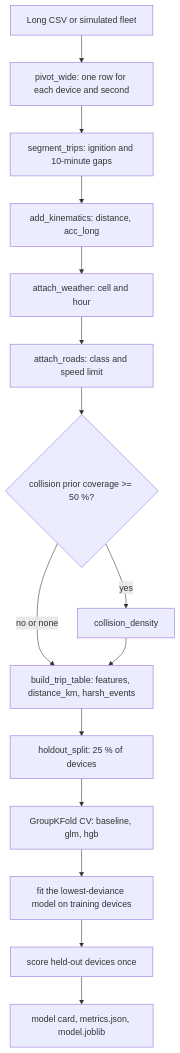
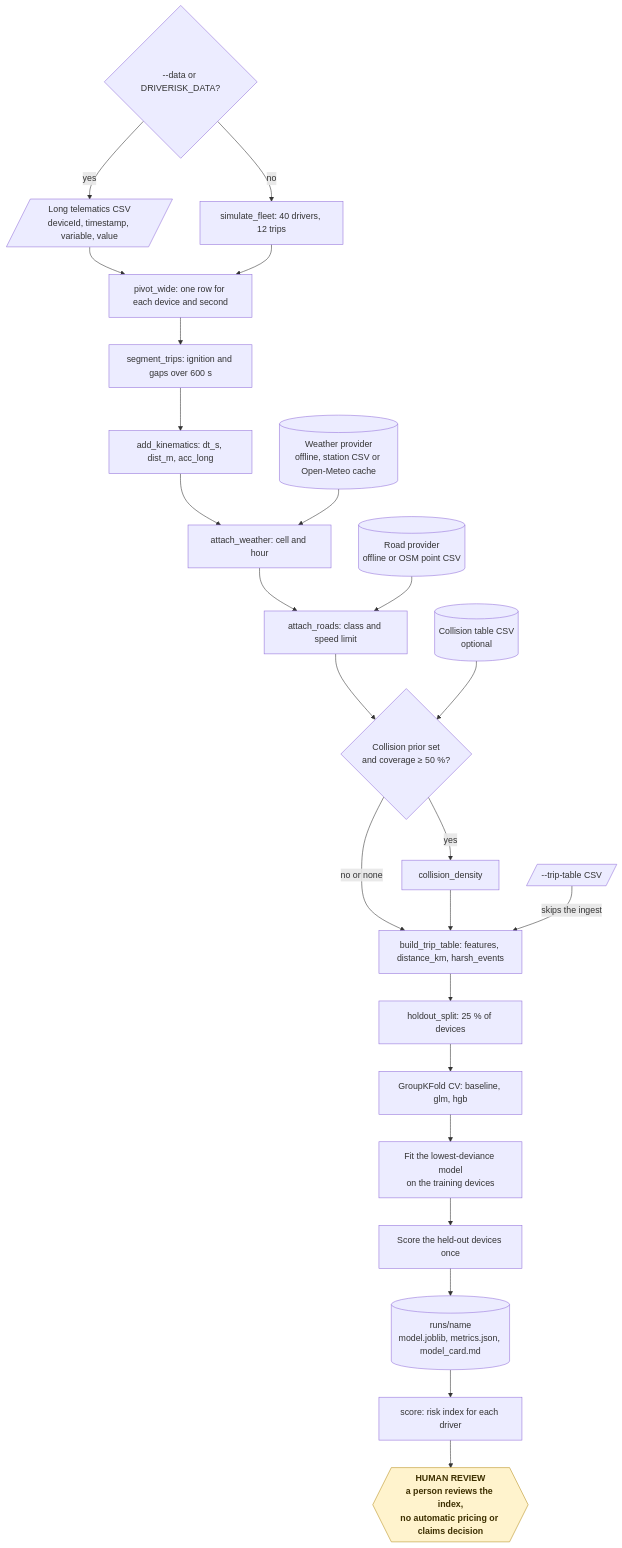
One commit to KrishnaAnnavaram/driverisk changed the fifth of 19 diagrams in README.md. Above: the diagram before and after it, drawn with Mermaid. The commit also changed other lines of this file, not shown here.

Commit message:
Add the workflow diagrams to the README

````diff
--- a/README.md
+++ b/README.md
@@ -219,17 +280,29 @@
 ```mermaid
-flowchart TB
-    CSV["Long CSV or simulated fleet"] --> ING["pivot_wide: one row for each device and second"]
-    ING --> SEG["segment_trips: ignition and 10-minute gaps"]
-    SEG --> KIN["add_kinematics: distance, acc_long"]
+flowchart TD
+    SRC{"--data or DRIVERISK_DATA?"} -- "yes" --> CSV[/"Long telematics CSV<br/>deviceId, timestamp, variable, value"/]
+    SRC -- "no" --> SIM["simulate_fleet: 40 drivers, 12 trips"]
+    CSV --> ING["pivot_wide: one row for each device and second"]
+    SIM --> ING
+    ING --> SEG["segment_trips: ignition and gaps over 600 s"]
+    SEG --> KIN["add_kinematics: dt_s, dist_m, acc_long"]
     KIN --> WX["attach_weather: cell and hour"]
+    WXS[("Weather provider<br/>offline, station CSV or Open-Meteo cache")] --> WX
     WX --> RD["attach_roads: class and speed limit"]
-    RD --> COL{"collision prior coverage >= 50 %?"}
+    RDS[("Road provider<br/>offline or OSM point CSV")] --> RD
+    RD --> COL{"Collision prior set<br/>and coverage ≥ 50 %?"}
+    COLS[("Collision table CSV<br/>optional")] --> COL
     COL -- "yes" --> DEN["collision_density"]
     COL -- "no or none" --> TT
     DEN --> TT["build_trip_table: features, distance_km, harsh_events"]
+    TT0[/"--trip-table CSV"/] -- "skips the ingest" --> TT
     TT --> HO["holdout_split: 25 % of devices"]
     HO --> CV["GroupKFold CV: baseline, glm, hgb"]
-    CV --> FIT["fit the lowest-deviance model on training devices"]
-    FIT --> TEST["score held-out devices once"]
-    TEST --> CARD["model card, metrics.json, model.joblib"]
+    CV --> FIT["Fit the lowest-deviance model<br/>on the training devices"]
+    FIT --> TEST["Score the held-out devices once"]
+    TEST --> RUN[("runs/name<br/>model.joblib, metrics.json, model_card.md")]
+    RUN --> SCORE["score: risk index for each driver"]
+    SCORE --> HUMAN{{"HUMAN REVIEW<br/>a person reviews the index,<br/>no automatic pricing or claims decision"}}
+
+    classDef human fill:#fff3cd,stroke:#b8901f,color:#3d2f00,font-weight:bold
+    class HUMAN human
 ```
````
